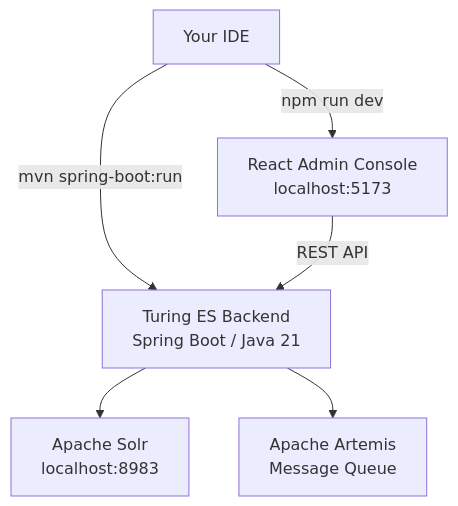
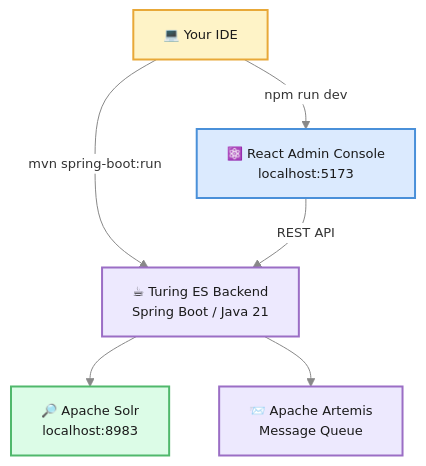
The first of 2 diagrams in docs-turing/developer-guide.md (openviglet/docs), drawn with Mermaid before and after one commit. The commit also changed other lines of this file and 49 other files, not shown here.

First line of the commit message:
Standardize Mermaid diagrams and conventions

````diff
--- a/docs-turing/developer-guide.md
+++ b/docs-turing/developer-guide.md
@@ -30,8 +30,19 @@
 ```mermaid
+%%{init: {'theme': 'base', 'themeVariables': {'fontSize': '13px', 'primaryColor': '#fff', 'primaryBorderColor': '#c0c0c0', 'lineColor': '#888', 'textColor': '#333'}}}%%
 graph TD
-    A[Your IDE] -->|mvn spring-boot:run| B[Turing ES Backend\nSpring Boot / Java 21]
-    A -->|npm run dev| C[React Admin Console\nlocalhost:5173]
-    B --> D[Apache Solr\nlocalhost:8983]
-    B --> E[Apache Artemis\nMessage Queue]
-    C -->|REST API| B
+    A["💻 Your IDE"] -->|"mvn spring-boot:run"| B["☕ Turing ES Backend\nSpring Boot / Java 21"]
+    A -->|"npm run dev"| C["⚛️ React Admin Console\nlocalhost:5173"]
+    B --> D["🔎 Apache Solr\nlocalhost:8983"]
+    B --> E["📨 Apache Artemis\nMessage Queue"]
+    C -->|"REST API"| B
+
+    classDef blue fill:#dbeafe,stroke:#4A90D9,stroke-width:2px,color:#1a1a1a
+    classDef green fill:#dcfce7,stroke:#50B86C,stroke-width:2px,color:#1a1a1a
+    classDef purple fill:#ede9fe,stroke:#9B6EC5,stroke-width:2px,color:#1a1a1a
+    classDef amber fill:#fef3c7,stroke:#E8A838,stroke-width:2px,color:#1a1a1a
+
+    class A amber
+    class B,E purple
+    class C blue
+    class D green
 ```
````
